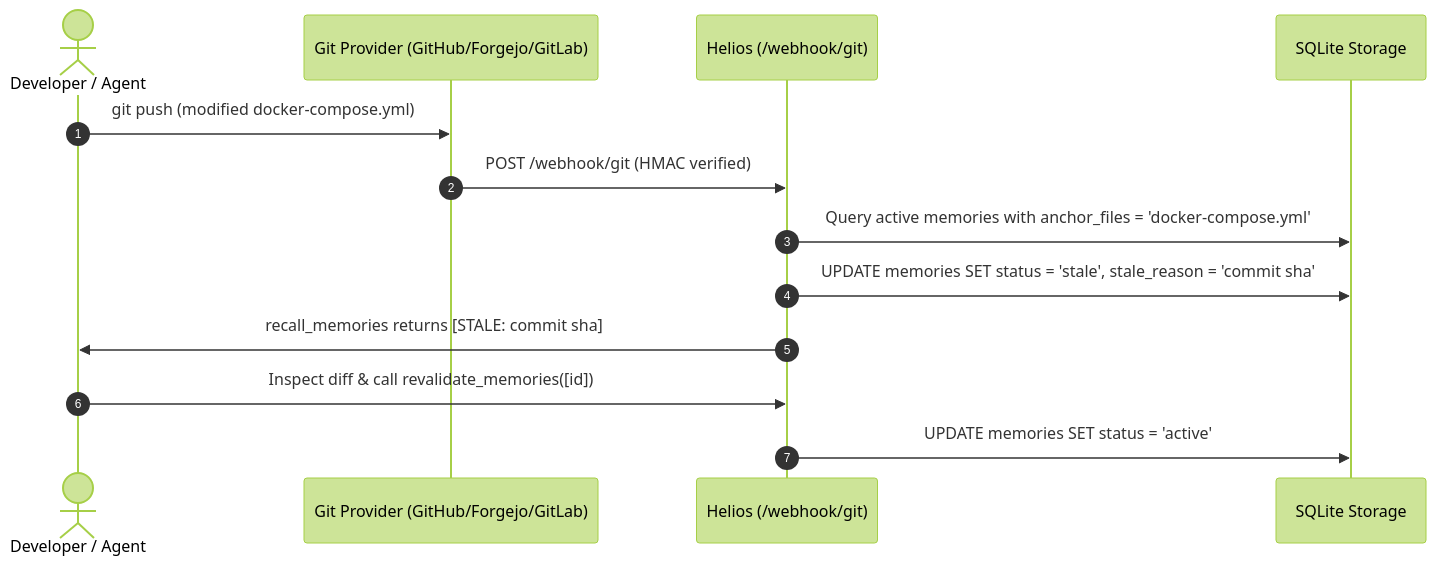
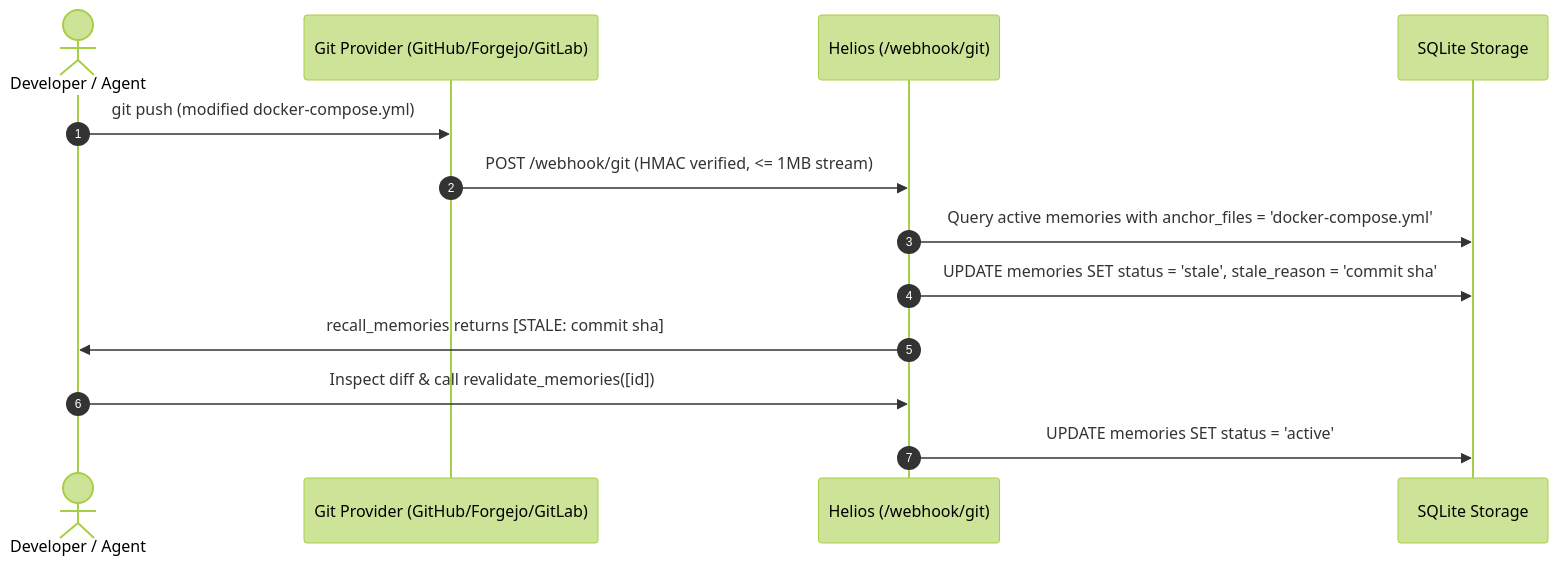
Before and after one commit to brazaoo4/helios: the second of 3 diagrams in README.md, drawn with Mermaid (forest theme). The commit also changed other lines of this file and 5 other files, not shown here.

````diff
--- a/README.md
+++ b/README.md
@@ -246,16 +397,16 @@
 ```mermaid
 sequenceDiagram
     autonumber
     actor Dev as Developer / Agent
     participant Git as Git Provider (GitHub/Forgejo/GitLab)
     participant Helios as Helios (/webhook/git)
     participant SQLite as SQLite Storage
 
     Dev->>Git: git push (modified docker-compose.yml)
-    Git->>Helios: POST /webhook/git (HMAC verified)
+    Git->>Helios: POST /webhook/git (HMAC verified, <= 1MB stream)
     Helios->>SQLite: Query active memories with anchor_files = 'docker-compose.yml'
     Helios->>SQLite: UPDATE memories SET status = 'stale', stale_reason = 'commit sha'
     Helios->>Dev: recall_memories returns [STALE: commit sha]
     Dev->>Helios: Inspect diff & call revalidate_memories([id])
     Helios->>SQLite: UPDATE memories SET status = 'active'
 ```
````
